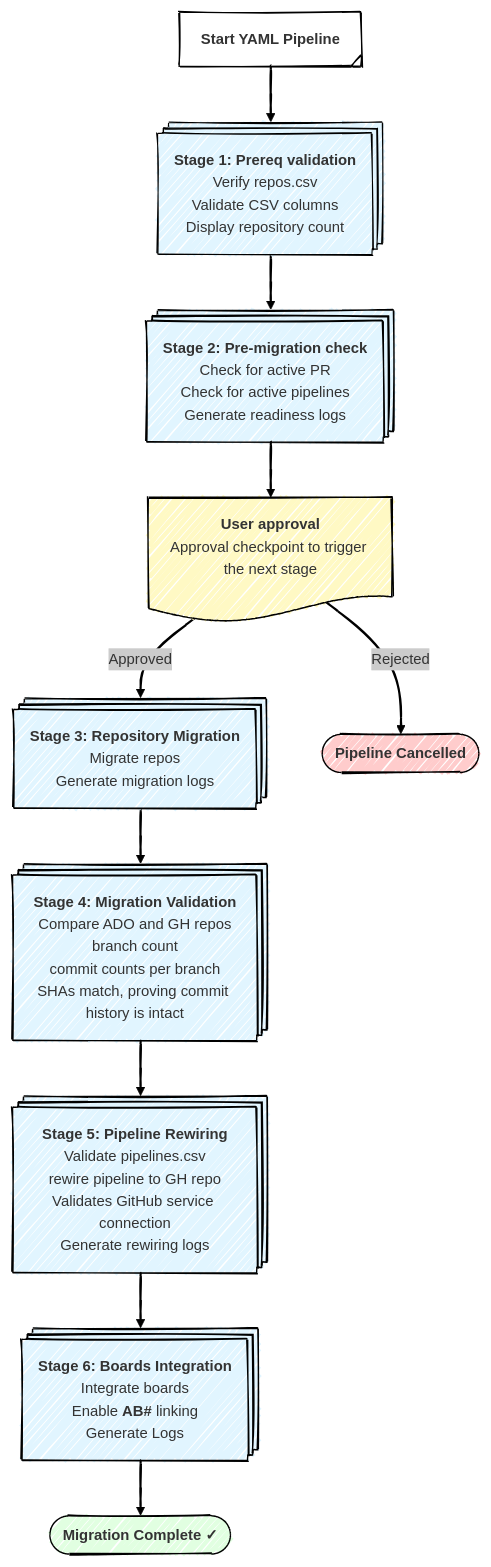
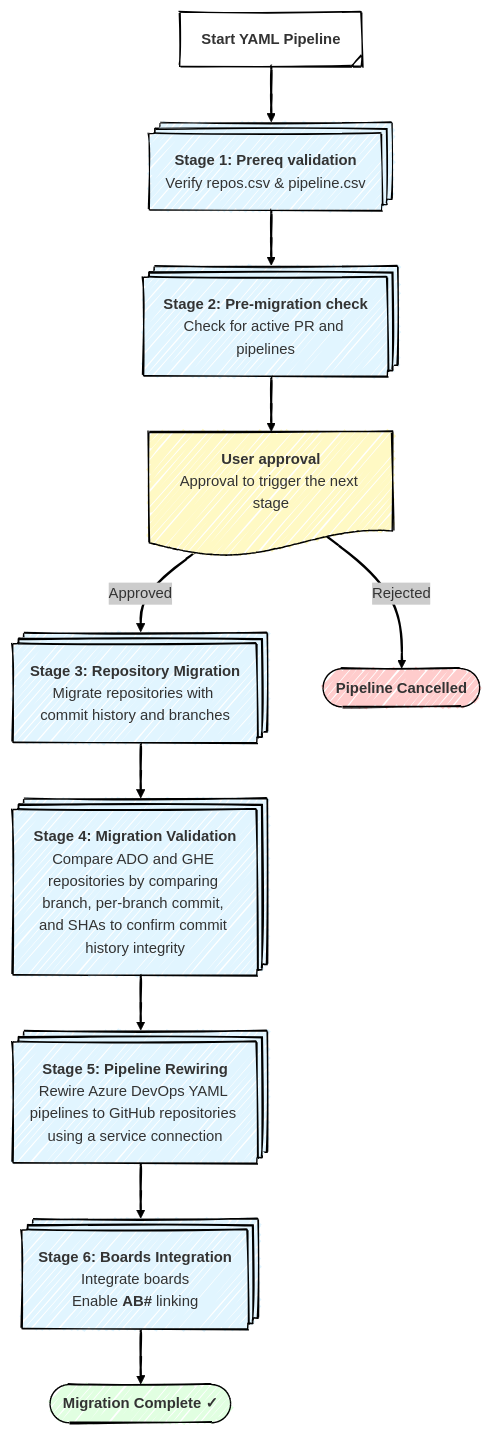
The diagram in README.md (pinakighatak/ado2gh-ado-pipeline), drawn with Mermaid before and after one commit. The commit also changed other lines of this file and 4 other files, not shown here.

````diff
--- a/README.md
+++ b/README.md
@@ -61,37 +56,37 @@
 ```mermaid
 ---
 config:
   theme: neo
   layout: dagre
   look: handDrawn
 ---
 flowchart TB
-    Start["<b>Start YAML Pipeline</b>"] --> Stage1["<b>Stage 1: Prereq validation</b><br>Verify repos.csv<br>Validate CSV columns<br>Display repository count"]
-    Stage1 --> Stage2["<b>Stage 2: Pre-migration check</b><br>Check for active PR<br>Check for active pipelines<br>Generate readiness logs"]
-    Stage2 --> Gate1["<b>User approval</b><br>Approval checkpoint to trigger the next stage"]
-    Gate1 -- Approved --> Stage3["<b>Stage 3: Repository Migration</b><br>Migrate repos<br>Generate migration logs"]
+    Start["<b>Start YAML Pipeline</b>"] --> Stage1["<b>Stage 1: Prereq validation</b><br>Verify repos.csv & pipeline.csv"]
+    Stage1 --> Stage2["<b>Stage 2: Pre-migration check</b><br>Check for active PR and pipelines"]
+    Stage2 --> Gate1["<b>User approval</b><br>Approval to trigger the next stage"]
+    Gate1 -- Approved --> Stage3["<b>Stage 3: Repository Migration</b><br>Migrate repositories with commit history and branches"]
     Gate1 -- Rejected --> End1["<b>Pipeline Cancelled</b>"]
-    Stage3 --> Stage4["<b>Stage 4: Migration Validation</b><br>Compare ADO and GH repos<br>branch count<br>commit counts per branch<br>SHAs match, proving commit history is intact"]
-    Stage4 --> Stage5["<b>Stage 5: Pipeline Rewiring</b><br>Validate pipelines.csv<br>rewire pipeline to GH repo<br>Validates GitHub service connection<br>Generate rewiring logs"]
-    Stage5 --> Stage6["<b>Stage 6: Boards Integration</b><br>Integrate boards<br>Enable <b>AB#</b> linking<br>Generate Logs"]
+    Stage3 --> Stage4["<b>Stage 4: Migration Validation</b><br>Compare ADO and GHE repositories by comparing branch, per-branch commit, and SHAs to confirm commit history integrity"]
+    Stage4 --> Stage5["<b>Stage 5: Pipeline Rewiring</b><br>Rewire Azure DevOps YAML pipelines to GitHub repositories using a service connection"]
+    Stage5 --> Stage6["<b>Stage 6: Boards Integration</b><br>Integrate boards<br>Enable <b>AB#</b> linking"]
     Stage6 --> Success(["<b>Migration Complete ✓</b>"])
     
     Start@{ shape: tag-proc}
     Stage1@{ shape: procs}
     Stage2@{ shape: procs}
     Gate1@{ shape: doc}
     Stage3@{ shape: procs}
     End1@{ shape: terminal}
     Stage4@{ shape: procs}
     Stage5@{ shape: procs}
     Stage6@{ shape: procs}
     style Stage1 fill:#e1f5ff,stroke-width:1px,stroke-dasharray: 0
     style Stage2 fill:#e1f5ff
     style Gate1 fill:#FFF9C4
     style Stage3 fill:#e1f5ff
     style End1 fill:#ffcccc
     style Stage4 fill:#e1f5ff
     style Stage5 fill:#e1f5ff
     style Stage6 fill:#e1f5ff
     style Success fill:#e1ffe1
 ```
````
